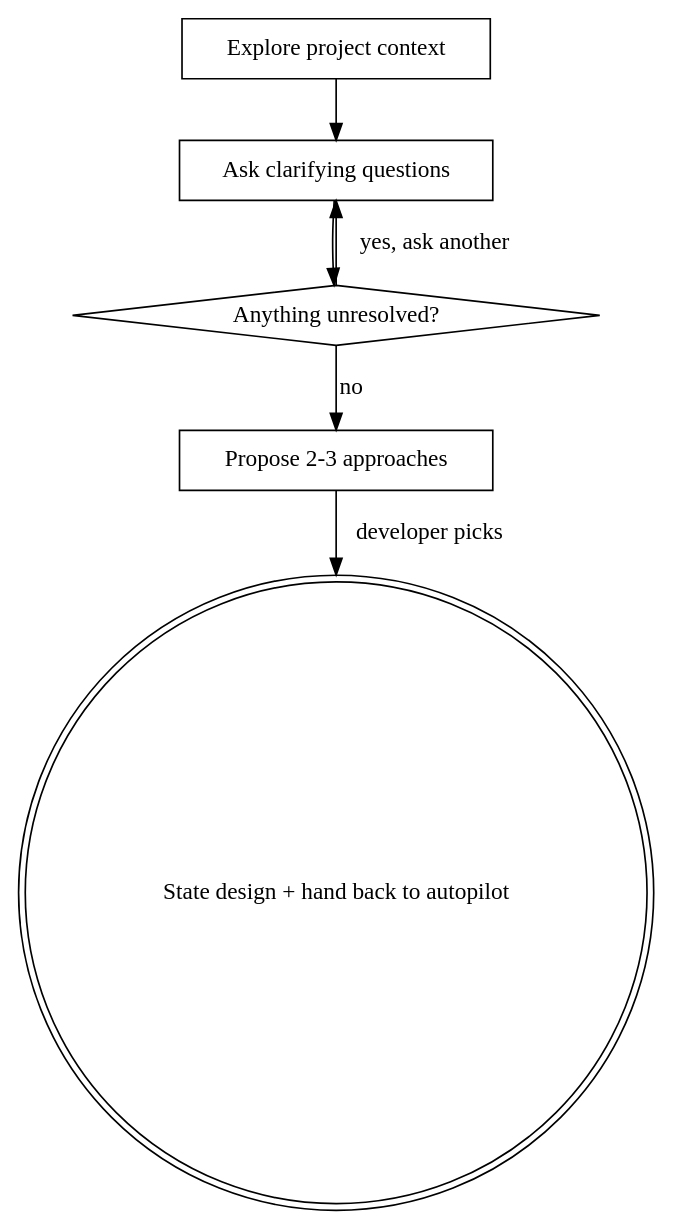
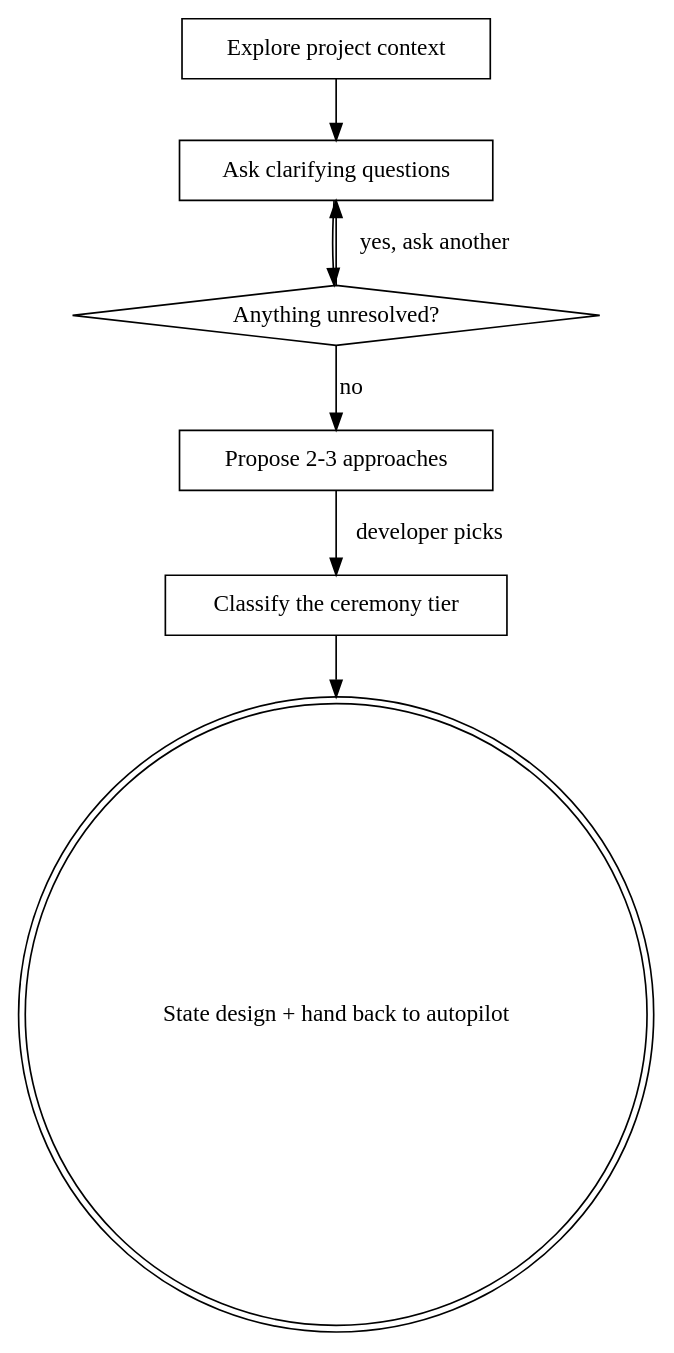
One commit to BoTime/custom_toolkit changed the diagram in plugins/autopilot/skills/autopilot-brainstorm/SKILL.md. Above: the diagram before and after it, drawn with Graphviz. The commit also changed other lines of this file and 7 other files, not shown here.

First line of the commit message:
feat(autopilot): classify a run's tier in Phase 1 and carry it to plan and sdd

````diff
--- a/plugins/autopilot/skills/autopilot-brainstorm/SKILL.md
+++ b/plugins/autopilot/skills/autopilot-brainstorm/SKILL.md
@@ -49,15 +50,17 @@
 ```dot
 digraph brainstorming {
     "Explore project context" [shape=box];
     "Ask clarifying questions" [shape=box];
     "Anything unresolved?" [shape=diamond];
     "Propose 2-3 approaches" [shape=box];
+    "Classify the ceremony tier" [shape=box];
     "State design + hand back to autopilot" [shape=doublecircle];
 
     "Explore project context" -> "Ask clarifying questions";
     "Ask clarifying questions" -> "Anything unresolved?";
     "Anything unresolved?" -> "Ask clarifying questions" [label="yes, ask another"];
     "Anything unresolved?" -> "Propose 2-3 approaches" [label="no"];
-    "Propose 2-3 approaches" -> "State design + hand back to autopilot" [label="developer picks"];
+    "Propose 2-3 approaches" -> "Classify the ceremony tier" [label="developer picks"];
+    "Classify the ceremony tier" -> "State design + hand back to autopilot";
 }
 ```
````
